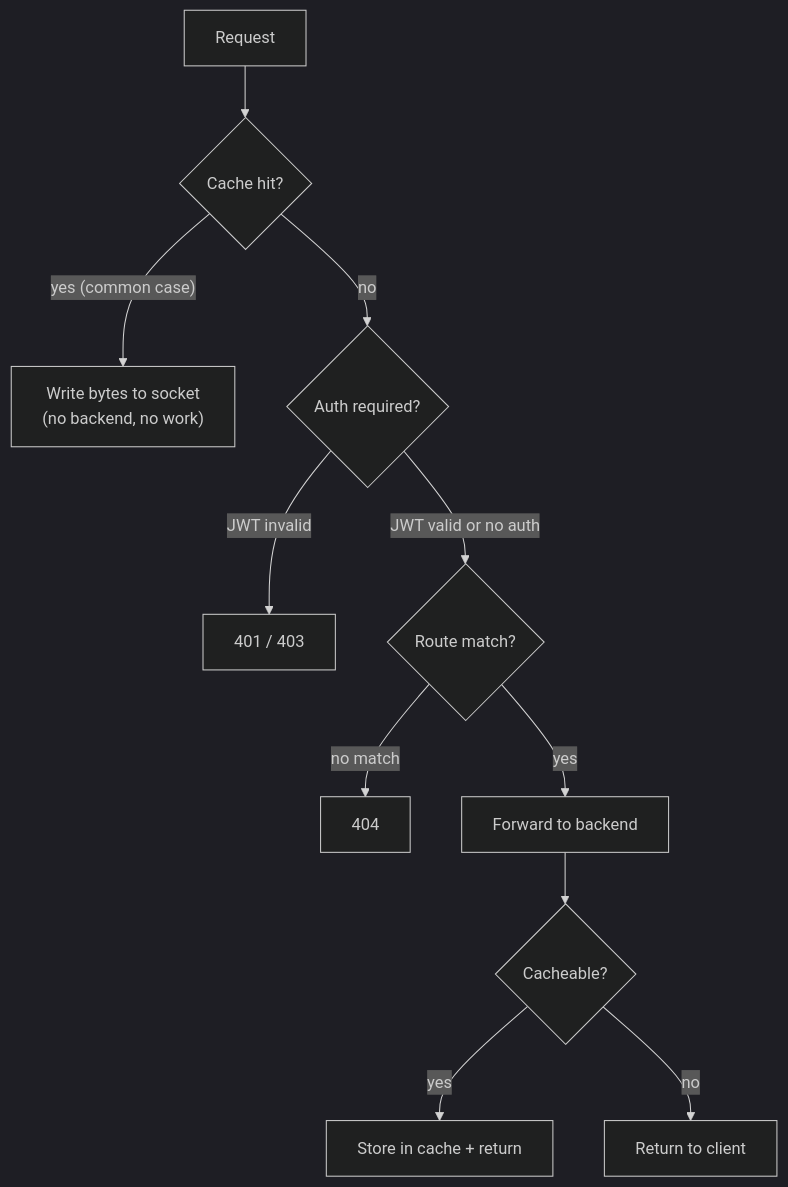
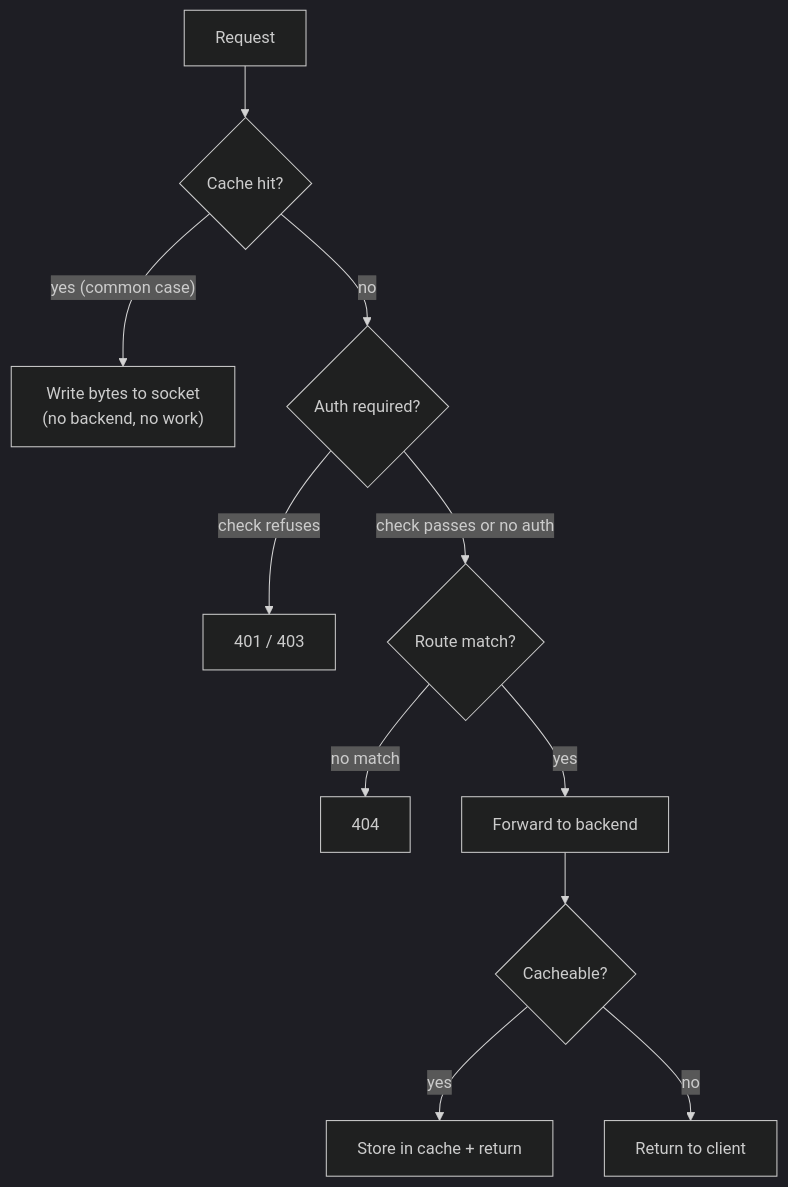
Before and after one commit to mgrosvenor/m6-examples: the first of 2 diagrams in examples/03-contact/content/posts/m6-http-deep-dive.md, drawn with Mermaid (dark theme). The commit also changed other lines of this file and 211 other files, not shown here.

```diff
--- a/examples/03-contact/content/posts/m6-http-deep-dive.md
+++ b/examples/03-contact/content/posts/m6-http-deep-dive.md
@@ -15,13 +15,13 @@
 <pre class="mermaid">
 flowchart TD
     Req["Request"] --> CacheHit{"Cache hit?"}
     CacheHit --"yes (common case)"--> ServeRAM["Write bytes to socket\n(no backend, no work)"]
     CacheHit --"no"--> AuthReq{"Auth required?"}
-    AuthReq --"JWT invalid"--> Reject["401 / 403"]
-    AuthReq --"JWT valid or no auth"--> RouteMatch{"Route match?"}
+    AuthReq --"check refuses"--> Reject["401 / 403"]
+    AuthReq --"check passes or no auth"--> RouteMatch{"Route match?"}
     RouteMatch --"no match"--> NotFound["404"]
     RouteMatch --"yes"--> Backend["Forward to backend"]
     Backend --> Cacheable{"Cacheable?"}
     Cacheable --"yes"--> CacheStore["Store in cache + return"]
     Cacheable --"no"--> Return["Return to client"]
 </pre>
```
